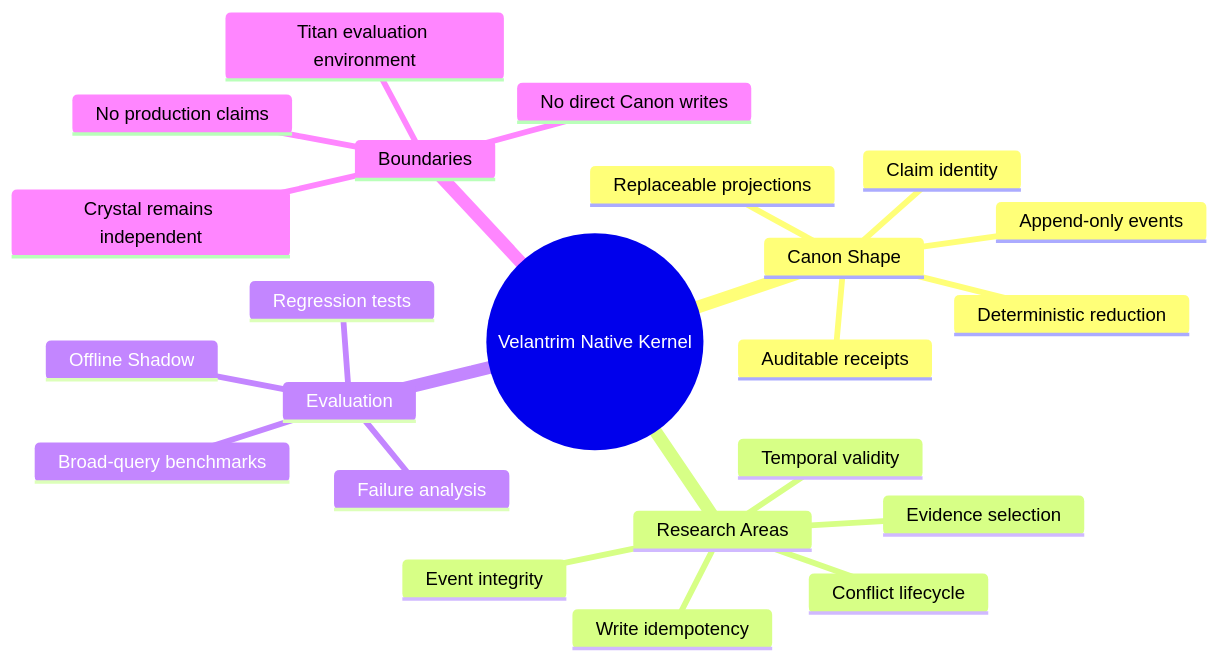
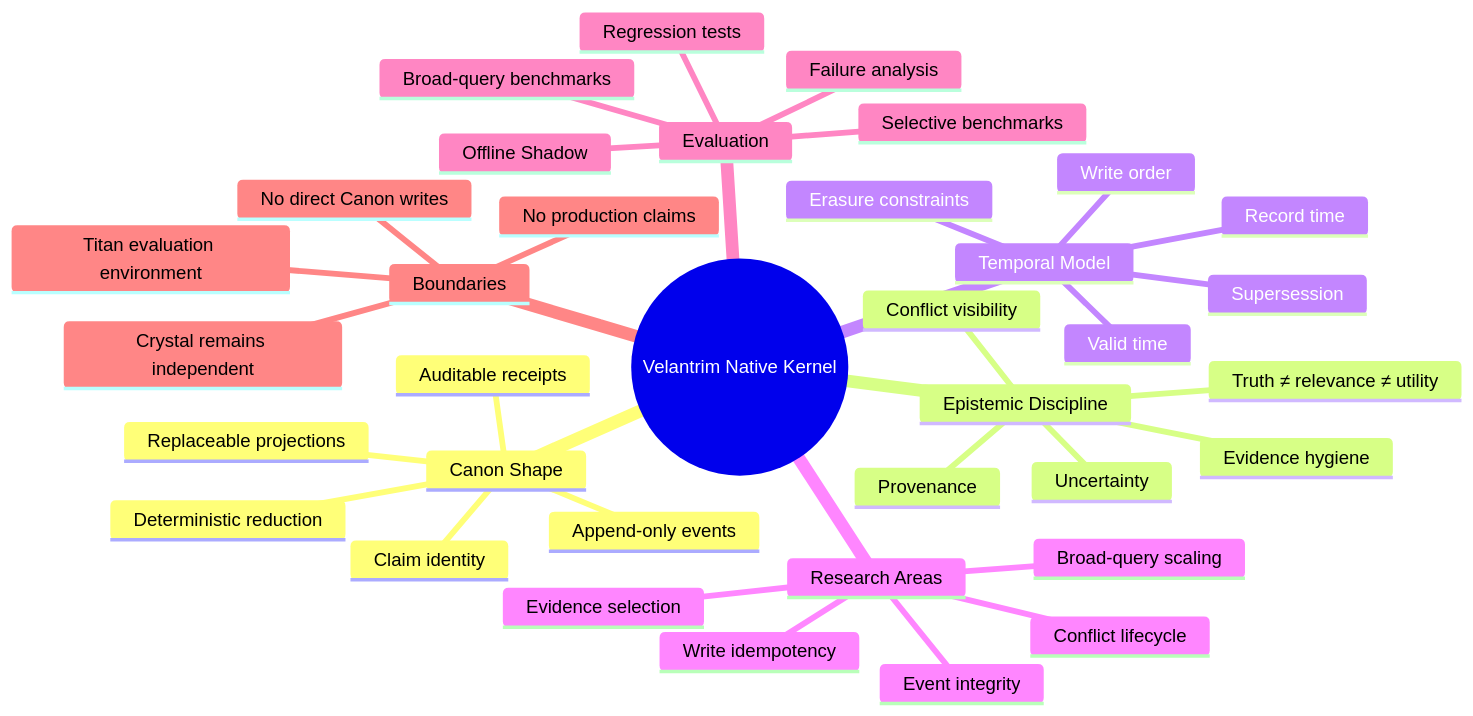
One commit to velantrian/velantrim-native-kernel changed the second of 3 diagrams in README.md. Above: the diagram before and after it, drawn with Mermaid. The commit also changed other lines of this file, not shown here.

````diff
--- a/README.md
+++ b/README.md
@@ -67,26 +119,39 @@
 ```mermaid
 mindmap
   root((Velantrim Native Kernel))
     Canon Shape
       Claim identity
       Append-only events
       Deterministic reduction
       Replaceable projections
       Auditable receipts
+    Epistemic Discipline
+      Provenance
+      Evidence hygiene
+      Uncertainty
+      Conflict visibility
+      Truth ≠ relevance ≠ utility
+    Temporal Model
+      Valid time
+      Record time
+      Write order
+      Supersession
+      Erasure constraints
     Research Areas
-      Temporal validity
-      Conflict lifecycle
       Event integrity
       Write idempotency
+      Conflict lifecycle
+      Broad-query scaling
       Evidence selection
     Evaluation
       Regression tests
+      Selective benchmarks
       Broad-query benchmarks
       Offline Shadow
       Failure analysis
     Boundaries
       Titan evaluation environment
       Crystal remains independent
       No direct Canon writes
       No production claims
 ```
````
